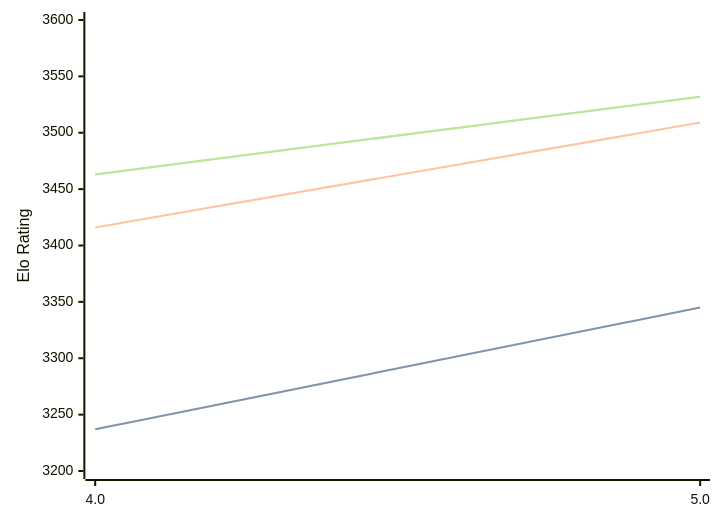
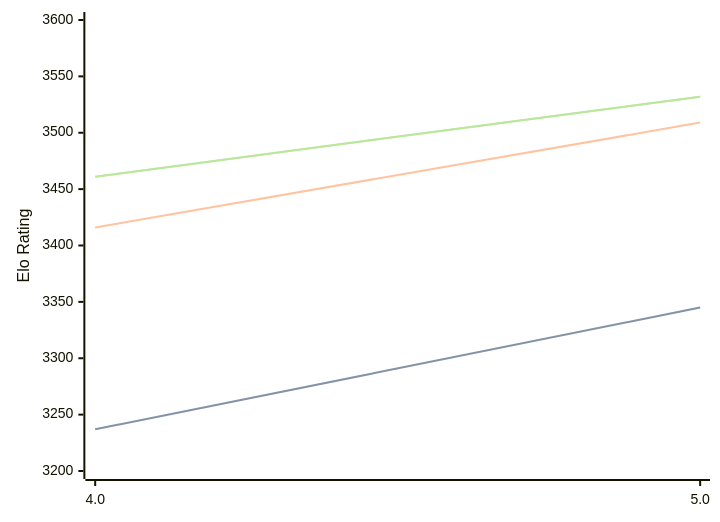
One commit to computer-chess-index/cci changed the diagram in engines/Tarnished.md. Above: the diagram before and after it, drawn with Mermaid. The commit also changed other lines of this file, not shown here.

Commit message:
Update CCI Ratings (ELO VLTC) - 2026-06-10

````diff
--- a/engines/Tarnished.md
+++ b/engines/Tarnished.md
@@ -36,11 +36,11 @@
 ```mermaid
 %%{init: {"theme":"base","themeVariables":{"seriesColors:['#a3a3a3','#222221','#faa371']}}}%%
 xychart-beta
   x-axis ["4.0", "5.0"]
   y-axis "Elo Rating" 3200 --> 3600
   line "STC (8.0+0.08s)" [3237, 3345]
   line "STC (8.0+0.08s)" [3237, 3345]
   line "LTC (60.0+0.60s)" [3416, 3509]
-  line "VLTC (2m24s+1.12s)" [3463, 3532]
-  line "VLTC (2m24s+1.12s)" [3463, 3532]
+  line "VLTC (2m24s+1.12s)" [3461, 3532]
+  line "VLTC (2m24s+1.12s)" [3461, 3532]
 ```
````
